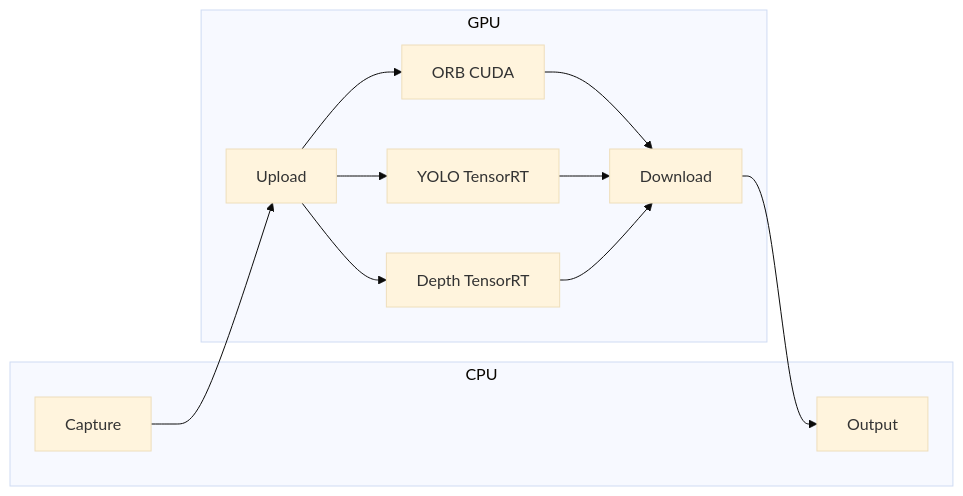
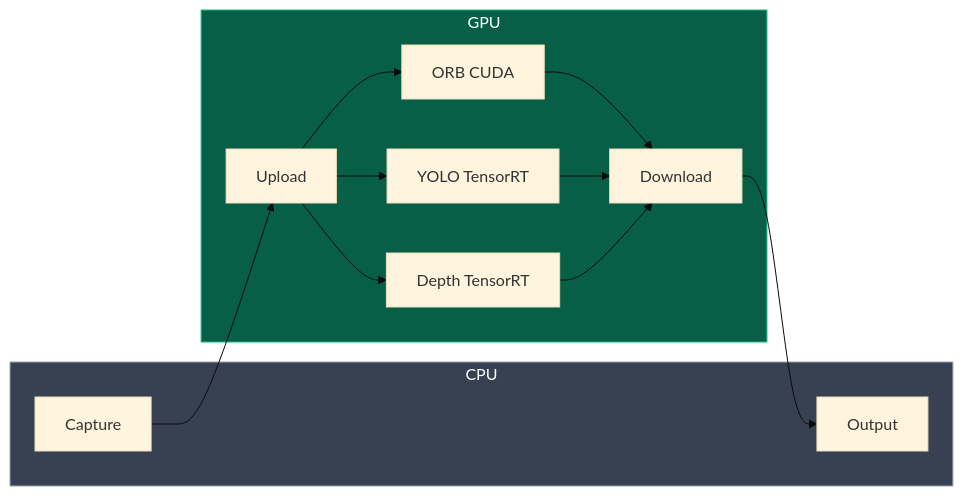
One commit to robertteleng/aria-slam changed the seventh of 11 diagrams in README.md. Above: the diagram before and after it, drawn with Mermaid (base theme). The commit also changed other lines of this file, not shown here.

Commit message:
docs: add colors to Mermaid diagrams and glossary section - Add style colors to all flowchart diagrams (blue/purple/green/orange) - Add Glossary section with 17 acronyms and 14 technical terms - Update Table of Contents - Remove emojis for professional appearance

````diff
--- a/README.md
+++ b/README.md
@@ -309,21 +355,24 @@
 ```mermaid
 flowchart LR
     subgraph CPU
         CAP[Capture]
         OUT[Output]
     end
 
     subgraph GPU
         UP[Upload]
         ORB[ORB CUDA]
         YOLO[YOLO TensorRT]
         DEPTH[Depth TensorRT]
         DOWN[Download]
     end
 
     CAP --> UP
     UP --> ORB --> DOWN
     UP --> YOLO --> DOWN
     UP --> DEPTH --> DOWN
     DOWN --> OUT
+
+    style CPU fill:#374151,stroke:#9ca3af,color:#fff
+    style GPU fill:#065f46,stroke:#10b981,color:#fff
 ```
````
